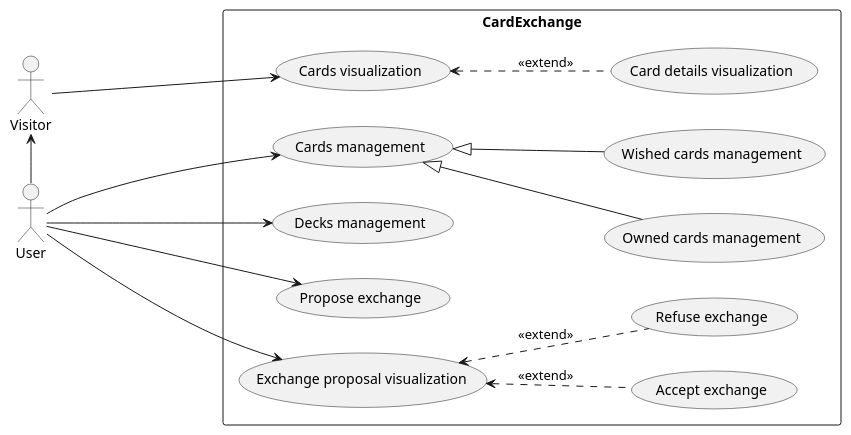
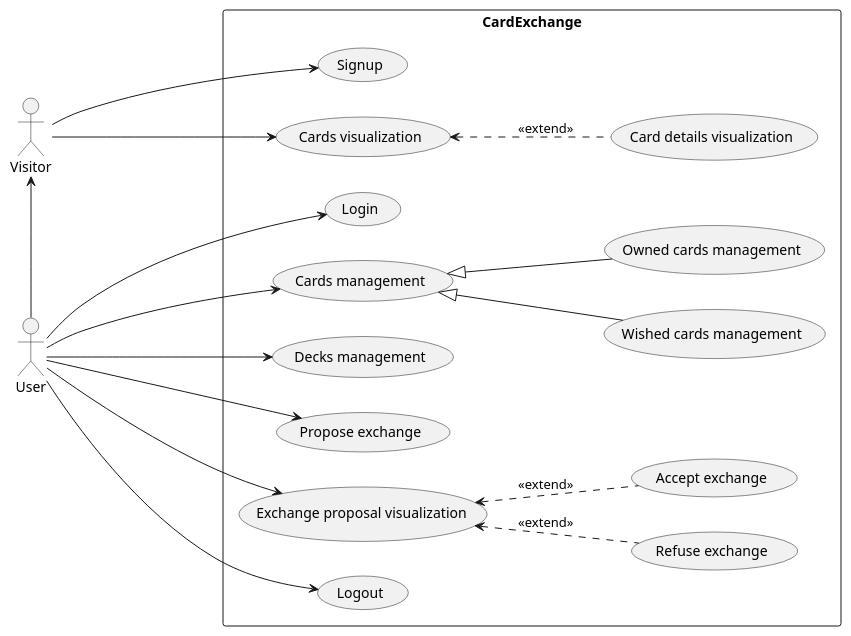
The diagram in DOC/Inception/Diagrams/UseCase/UseCase_version4.0.puml (alessioarcara/Card-Exchange), drawn with PlantUML before and after one commit. The commit also changed 8 other files, not shown here.

```diff
--- a/DOC/Inception/Diagrams/UseCase/UseCase_version4.0.puml
+++ b/DOC/Inception/Diagrams/UseCase/UseCase_version4.0.puml
@@ -1,39 +1,49 @@
-@startuml Use Case
+@startuml UseCase
 left to right direction
 
 actor Visitor as  V
 actor User as U
 
 
 rectangle CardExchange {
+  (Signup) as UC1
+  (Login) as UC2
+
   (Cards visualization) as UC3
   (Card details visualization) as UC4
 
   (Cards management) as UC5
   (Owned cards management) as UC6
   (Wished cards management) as UC7
   (Decks management) as UC8
 
   (Propose exchange) as UC9
   (Exchange proposal visualization) as UC10
   (Accept exchange) as UC11
   (Refuse exchange) as UC12
+
+  (Logout) as UC13
 }
 
 
 V <- U
+
+V ----> UC1
+U ----> UC2
 
 V ----> UC3
 UC3 <.. UC4 : <<extend>>
 
 U ----> UC5
 UC5 ^-- UC6
 UC5 ^-- UC7
 U ----> UC8
 
 U ----> UC9
 U ----> UC10
 UC10 <.. UC11 : <<extend>>
 UC10 <.. UC12 : <<extend>>
 
+U ----> UC13
+
 @enduml
```
